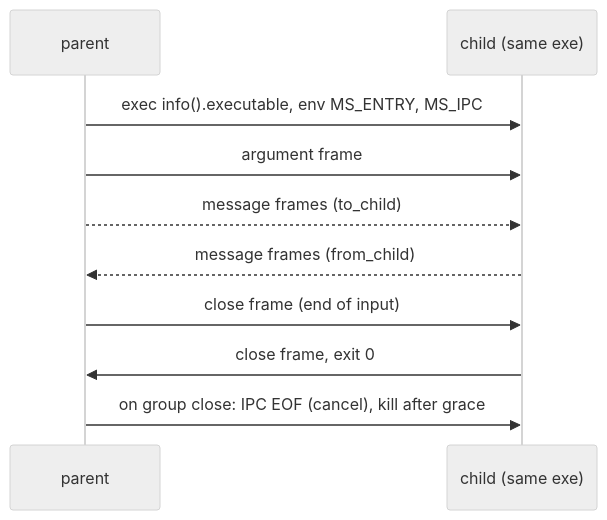
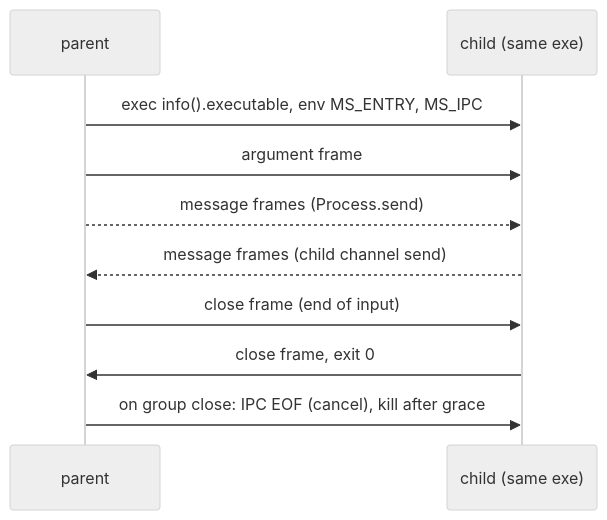
The diagram in proposals/child-processes.md (manuscript-lang/manuscript), drawn with Mermaid (neutral theme) before and after one commit. The commit also changed other lines of this file, not shown here.

First line of the commit message:
Child processes proposal: send/receive on Process, one bidirectional channel end, decisions recorded

````diff
--- a/proposals/child-processes.md
+++ b/proposals/child-processes.md
@@ -128,12 +127,12 @@
 ```mermaid
 sequenceDiagram
   participant P as parent
   participant C as child (same exe)
   P->>C: exec info().executable, env MS_ENTRY, MS_IPC
   P->>C: argument frame
-  P-->>C: message frames (to_child)
-  C-->>P: message frames (from_child)
+  P-->>C: message frames (Process.send)
+  C-->>P: message frames (child channel send)
   P->>C: close frame (end of input)
   C->>P: close frame, exit 0
   P->>C: on group close: IPC EOF (cancel), kill after grace
 ```
````
